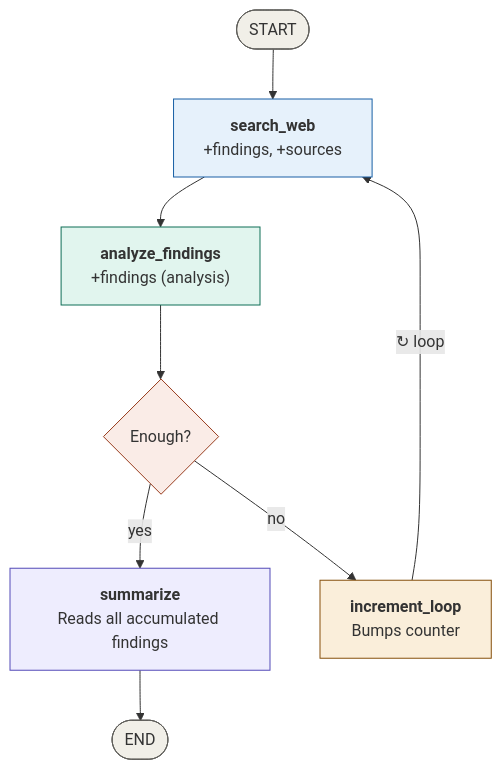
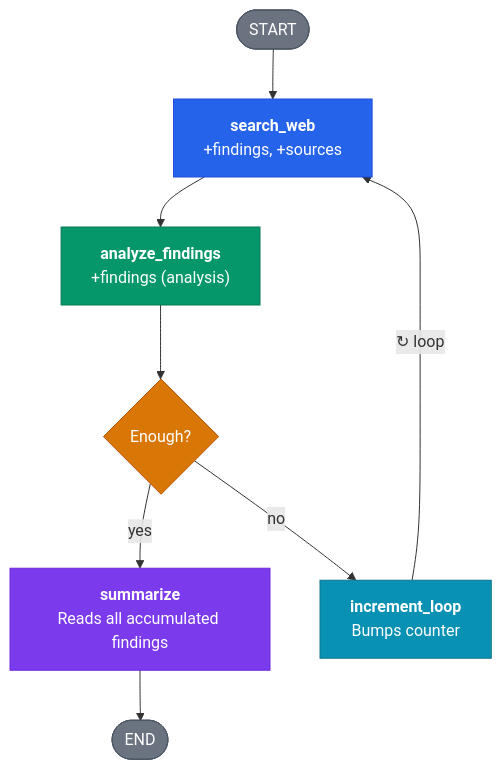
Before and after one commit to Kaden-G/LangGraph_3_Easy_Steps: the third of 6 diagrams in LangGraph_3_Easy_Steps.md, drawn with Mermaid. The commit also changed other lines of this file and 6 other files, not shown here.

````diff
--- a/LangGraph_3_Easy_Steps.md
+++ b/LangGraph_3_Easy_Steps.md
@@ -190,24 +190,24 @@
 ```mermaid
 flowchart TD
     START([START]) --> search["`**search_web**
     +findings, +sources`"]
     search --> analyze["`**analyze_findings**
     +findings (analysis)`"]
     analyze --> gate{Enough?}
     
     gate -->|"yes"| summarize["`**summarize**
     Reads all accumulated findings`"]
     gate -->|"no"| increment["`**increment_loop**
     Bumps counter`"]
     increment -->|"↻ loop"| search
     
     summarize --> END([END])
 
-    style START fill:#f1efe8,stroke:#5f5e5a
-    style END fill:#f1efe8,stroke:#5f5e5a
-    style search fill:#e6f1fb,stroke:#185fa5
-    style analyze fill:#e1f5ee,stroke:#0f6e56
-    style gate fill:#faece7,stroke:#993c1d
-    style summarize fill:#eeedfe,stroke:#534ab7
-    style increment fill:#faeeda,stroke:#854f0b
+    style START fill:#6B7280,stroke:#4B5563,color:#FFFFFF
+    style END fill:#6B7280,stroke:#4B5563,color:#FFFFFF
+    style search fill:#2563EB,stroke:#1D4ED8,color:#FFFFFF
+    style analyze fill:#059669,stroke:#047857,color:#FFFFFF
+    style gate fill:#D97706,stroke:#B45309,color:#FFFFFF
+    style summarize fill:#7C3AED,stroke:#6D28D9,color:#FFFFFF
+    style increment fill:#0891B2,stroke:#0E7490,color:#FFFFFF
 ```
````
